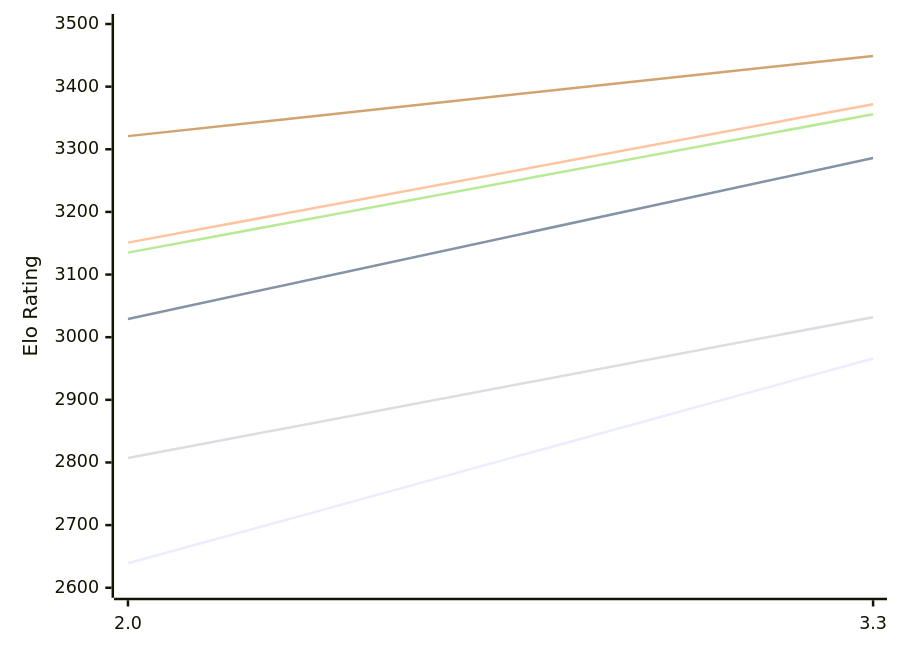
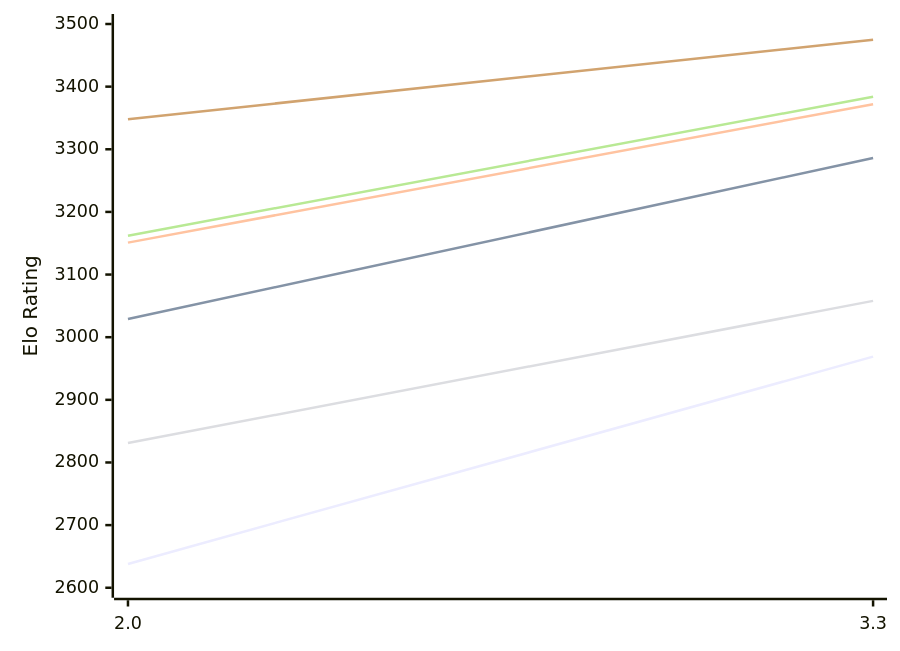
Before and after one commit to computer-chess-index/cci: the first of 2 diagrams in engines/Ceylondemon.md, drawn with Mermaid. The commit also changed other lines of this file, not shown here.

Commit message:
Update CCI Ratings (ELO VLTC) - 2026-11-04

````diff
--- a/engines/Ceylondemon.md
+++ b/engines/Ceylondemon.md
@@ -50,12 +50,12 @@
 ```mermaid
 %%{init: {"theme":"base","themeVariables":{"seriesColors:['#a3a3a3','#222221','#faa371']}}}%%
 xychart-beta
   x-axis ["2.0", "3.3"]
   y-axis "Elo Rating" 2600 --> 3500
-  line "E1: STC (8.0+0.08s)" [2639, 2966]
+  line "E1: STC (8.0+0.08s)" [2638, 2969]
   line "E1: LTC (60.0+0.60s)" [3029, 3286]
   line "E1: VLTC (2m24s+1.12s)" [3151, 3372]
-  line "P1: STC (8.0+0.08s)" [2807, 3032]
-  line "P1: LTC (60.0+0.60s)" [3135, 3356]
-  line "P1: VLTC (2m24s+1.12s)" [3321, 3449]
+  line "P1: STC (8.0+0.08s)" [2831, 3058]
+  line "P1: LTC (60.0+0.60s)" [3162, 3384]
+  line "P1: VLTC (2m24s+1.12s)" [3348, 3475]
 ```
````
